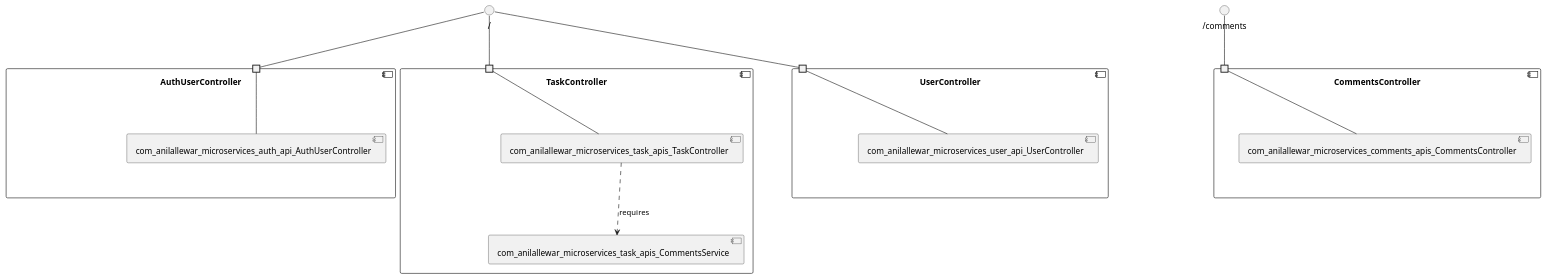
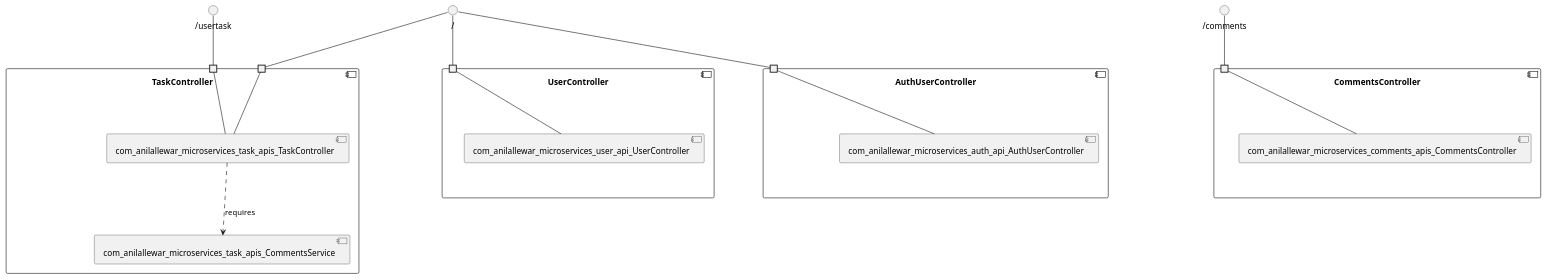
Before and after one commit to View-Based-Reverse-Engineering/Retriever-Benchmark: the diagram in anilallewar-microservices-basics/model_re/uml/componentDiagram.puml, drawn with PlantUML. The commit also changed 135 other files, not shown here.

```diff
--- a/anilallewar-microservices-basics/model_re/uml/componentDiagram.puml
+++ b/anilallewar-microservices-basics/model_re/uml/componentDiagram.puml
@@ -1,34 +1,38 @@
 @startuml
 skinparam fixCircleLabelOverlapping true
 component "AuthUserController\n\n\n\n\n\n" {
 [com_anilallewar_microservices_auth_api_AuthUserController]
 portin " " as AuthUserController.requires._
 "AuthUserController.requires._"--[com_anilallewar_microservices_auth_api_AuthUserController]
 }
 interface "/" as interface._
 interface._--"AuthUserController.requires._"
 component "CommentsController\n\n\n\n\n\n" {
 [com_anilallewar_microservices_comments_apis_CommentsController]
 portin " " as CommentsController.requires._comments
 "CommentsController.requires._comments"--[com_anilallewar_microservices_comments_apis_CommentsController]
 }
 interface "/comments" as interface._comments
 interface._comments--"CommentsController.requires._comments"
 component "TaskController\n\n\n\n\n\n" {
+[com_anilallewar_microservices_task_apis_CommentsService]
 [com_anilallewar_microservices_task_apis_TaskController]
-[com_anilallewar_microservices_task_apis_CommentsService]
 portin " " as TaskController.requires._
+portin " " as TaskController.requires._usertask
 [com_anilallewar_microservices_task_apis_TaskController]..>[com_anilallewar_microservices_task_apis_CommentsService] : requires
+"TaskController.requires._usertask"--[com_anilallewar_microservices_task_apis_TaskController]
 "TaskController.requires._"--[com_anilallewar_microservices_task_apis_TaskController]
 }
+interface "/usertask" as interface._usertask
+interface._usertask--"TaskController.requires._usertask"
 interface "/" as interface._
 interface._--"TaskController.requires._"
 component "UserController\n\n\n\n\n\n" {
 [com_anilallewar_microservices_user_api_UserController]
 portin " " as UserController.requires._
 "UserController.requires._"--[com_anilallewar_microservices_user_api_UserController]
 }
 interface "/" as interface._
 interface._--"UserController.requires._"
 
 @enduml
```
